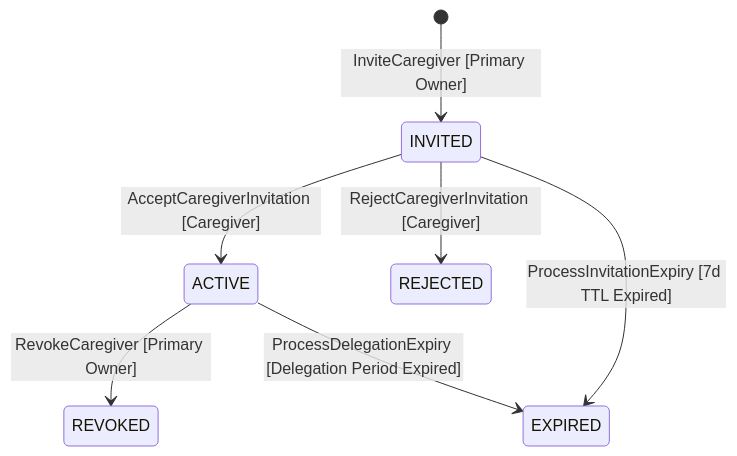
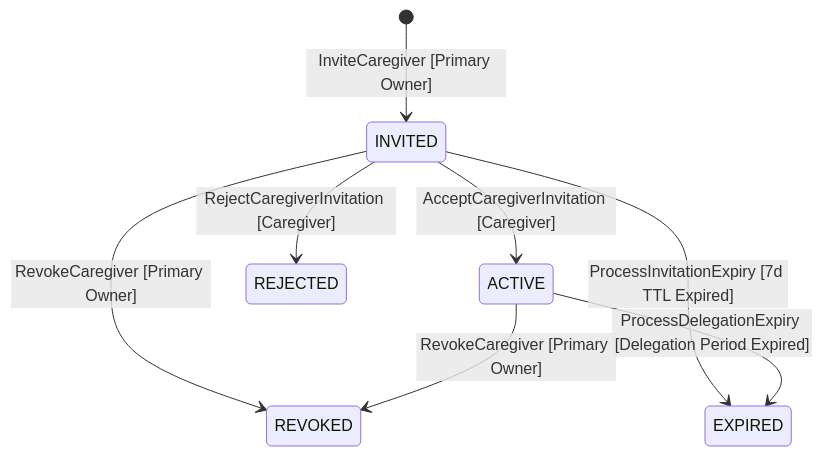
One commit to BVHC/Pet-care-new changed the third of 21 diagrams in docs/03-state-machines.md. Above: the diagram before and after it, drawn with Mermaid. The commit also changed other lines of this file and 4 other files, not shown here.

Commit message:
docs(caregiver): add INVITED->REVOKED edge, email identity, close Q5/Q12

````diff
--- a/docs/03-state-machines.md
+++ b/docs/03-state-machines.md
@@ -93,9 +93,10 @@
 ```mermaid
 stateDiagram-v2
     [*] --> INVITED: InviteCaregiver [Primary Owner]
     INVITED --> ACTIVE: AcceptCaregiverInvitation [Caregiver]
     INVITED --> REJECTED: RejectCaregiverInvitation [Caregiver]
+    INVITED --> REVOKED: RevokeCaregiver [Primary Owner]
     INVITED --> EXPIRED: ProcessInvitationExpiry [7d TTL Expired]
     ACTIVE --> REVOKED: RevokeCaregiver [Primary Owner]
     ACTIVE --> EXPIRED: ProcessDelegationExpiry [Delegation Period Expired]
 ```
````
